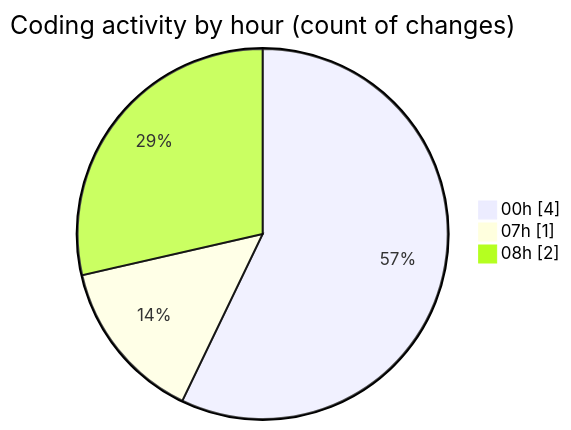
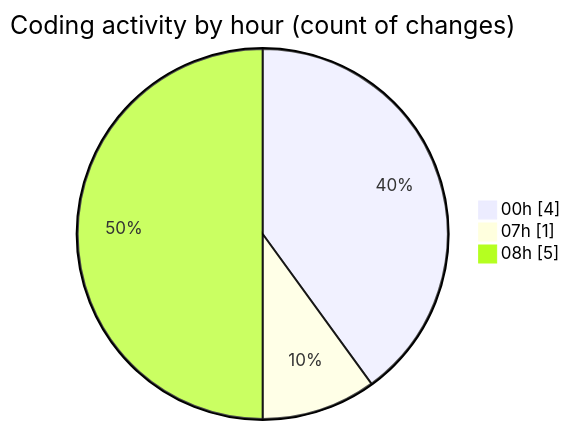
The second of 2 diagrams in 2025-05-08/niten/README.md (Elitesun/code-tracking), drawn with Mermaid before and after one commit. The commit also changed other lines of this file and 1 other file, not shown here.

````diff
--- a/2025-05-08/niten/README.md
+++ b/2025-05-08/niten/README.md
@@ -28,7 +28,7 @@
 ```mermaid
 pie showData
 title Coding activity by hour (count of changes)
 "00h" : 4
 "07h" : 1
-"08h" : 2
+"08h" : 5
 ```
````
